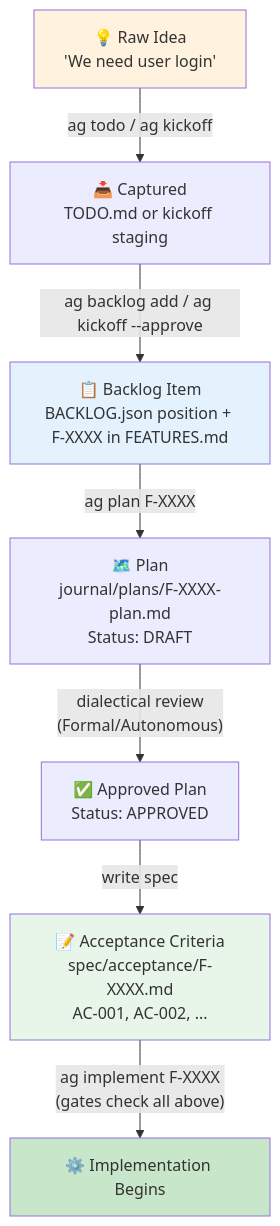
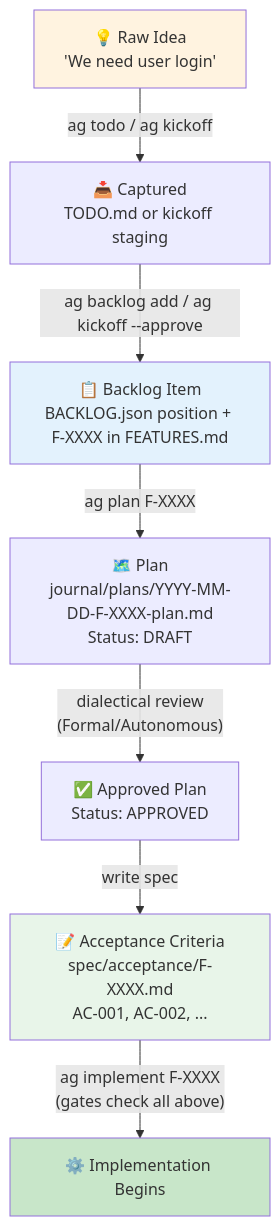
The second of 13 diagrams in docs/FRAMEWORK_WORKFLOW.md (tomgun/agentic-framework), drawn with Mermaid before and after one commit. The commit also changed other lines of this file and 48 other files, not shown here.

````diff
--- a/docs/FRAMEWORK_WORKFLOW.md
+++ b/docs/FRAMEWORK_WORKFLOW.md
@@ -76,14 +76,14 @@
 ```mermaid
 flowchart TD
     A["💡 Raw Idea\n'We need user login'"] -->|"ag todo / ag kickoff"| B["📥 Captured\nTODO.md or kickoff staging"]
     B -->|"ag backlog add / ag kickoff --approve"| C["📋 Backlog Item\nBACKLOG.json position + F-XXXX in FEATURES.md"]
-    C -->|"ag plan F-XXXX"| D["🗺️ Plan\njournal/plans/F-XXXX-plan.md\nStatus: DRAFT"]
+    C -->|"ag plan F-XXXX"| D["🗺️ Plan\njournal/plans/YYYY-MM-DD-F-XXXX-plan.md\nStatus: DRAFT"]
     D -->|"dialectical review\n(Formal/Autonomous)"| E["✅ Approved Plan\nStatus: APPROVED"]
     E -->|"write spec"| F["📝 Acceptance Criteria\nspec/acceptance/F-XXXX.md\nAC-001, AC-002, ..."]
     F -->|"ag implement F-XXXX\n(gates check all above)"| G["⚙️ Implementation Begins"]
 
     style A fill:#fff3e0
     style C fill:#e3f2fd
     style F fill:#e8f5e9
     style G fill:#c8e6c9
 ```
````
